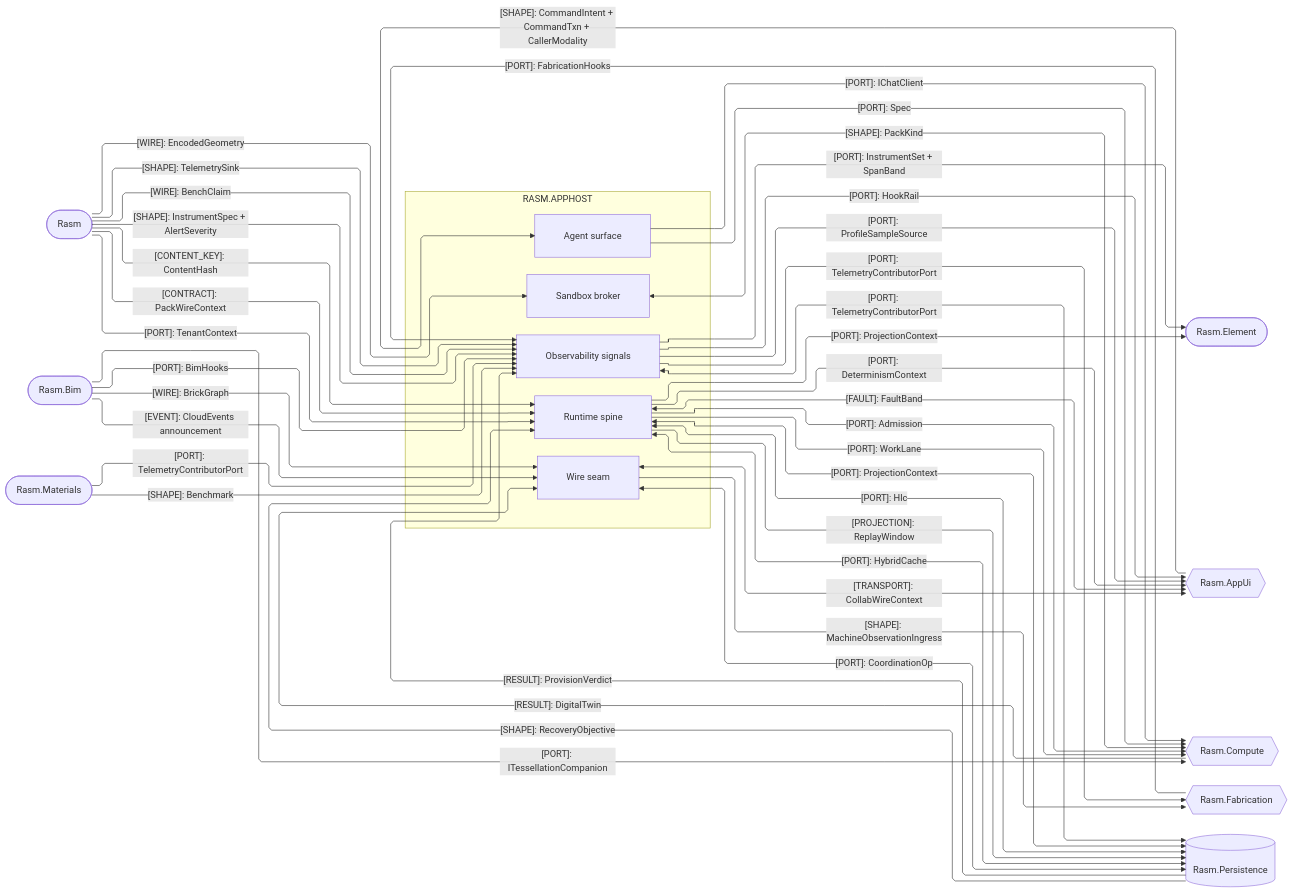
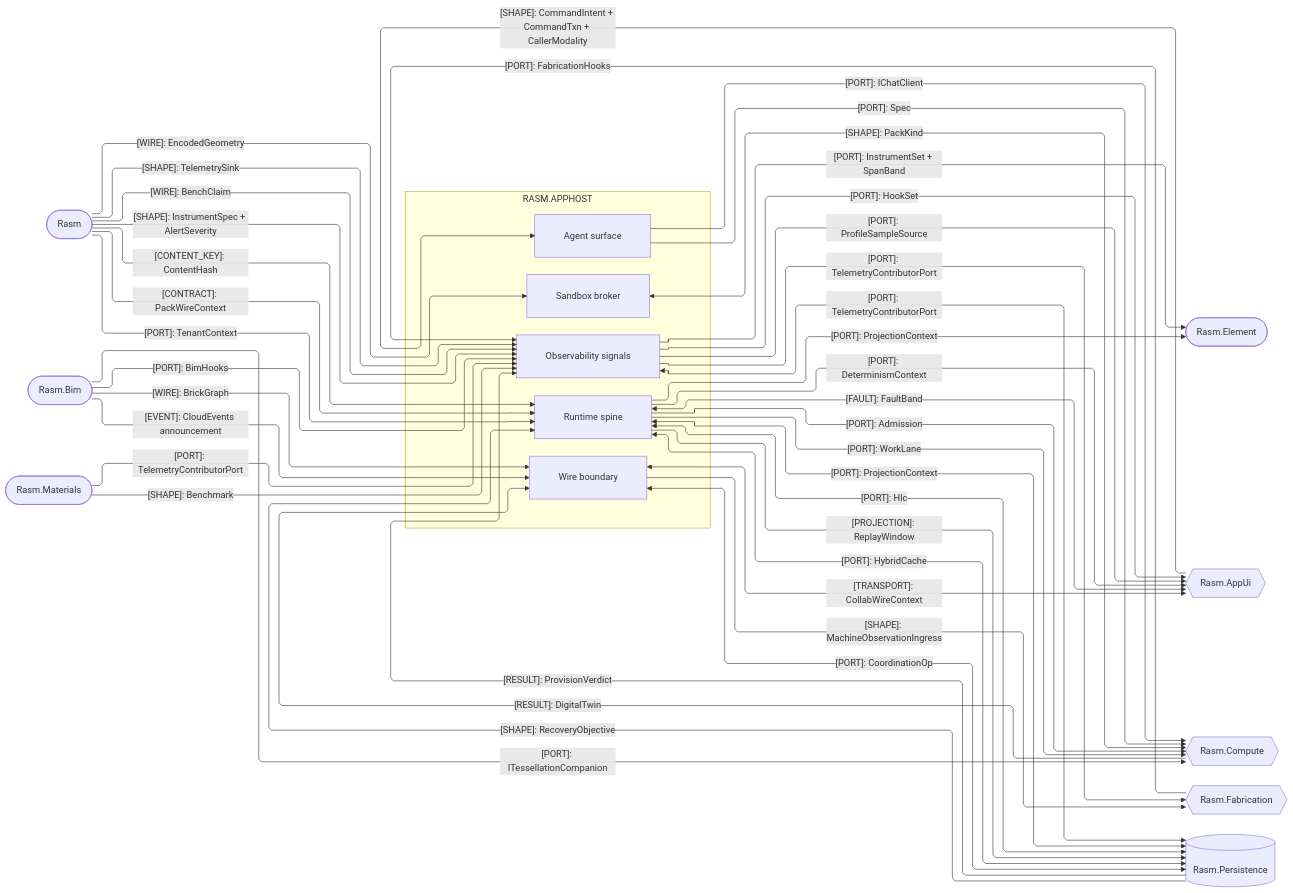
The third of 4 diagrams in libs/dotnet/Rasm.AppHost/ARCHITECTURE.md (bsamiee/Rasm), drawn with Mermaid before and after one commit. The commit also changed other lines of this file and 1997 other files, not shown here.

First line of the commit message:
docs: rename rail to result and seam to boundary across the corpus

````diff
--- a/libs/dotnet/Rasm.AppHost/ARCHITECTURE.md
+++ b/libs/dotnet/Rasm.AppHost/ARCHITECTURE.md
@@ -154,65 +154,65 @@
 ```mermaid
 ---
 config:
   layout: elk
   flowchart:
     curve: linear
     padding: 25
 ---
 flowchart LR
-    accTitle: AppHost C# platform seams
+    accTitle: AppHost C# platform boundaries
     accDescr: Which ports, wires, domain shapes, and content keys cross between AppHost and every .NET peer.
     subgraph apphost[RASM.APPHOST]
         Runtime[Runtime spine]
         Agent[Agent surface]
-        Wire[Wire seam]
+        Wire[Wire boundary]
         Sandbox[Sandbox broker]
         Observability[Observability signals]
     end
     Kernel([Rasm])
     Bim([Rasm.Bim])
     Element([Rasm.Element])
     Materials([Rasm.Materials])
     AppUi{{Rasm.AppUi}}
     Compute{{Rasm.Compute}}
     Fabrication{{Rasm.Fabrication}}
     Persistence[(Rasm.Persistence)]
     Kernel e1@-->|"[WIRE]: EncodedGeometry"| Sandbox
     Kernel e2@-->|"[SHAPE]: TelemetrySink"| Observability
     Kernel e3@-->|"[WIRE]: BenchClaim"| Observability
     Kernel e4@-->|"[SHAPE]: InstrumentSpec + AlertSeverity"| Observability
     Kernel e5@-->|"[CONTENT_KEY]: ContentHash"| Runtime
     Kernel e6@-->|"[CONTRACT]: PackWireContext"| Runtime
     Kernel e7@-->|"[PORT]: TenantContext"| Runtime
     Bim e8@-->|"[PORT]: BimHooks"| Observability
     Bim e10@-->|"[EVENT]: CloudEvents announcement"| Wire
     Bim e11@-->|"[WIRE]: BrickGraph"| Wire
     Bim e42@-->|"[PORT]: ITessellationCompanion"| Compute
     Runtime e12@-->|"[PORT]: ProjectionContext"| Element
     Observability e13@-->|"[PORT]: InstrumentSet + SpanBand"| Element
     Materials e14@-->|"[PORT]: TelemetryContributorPort"| Observability
     Materials e15@-->|"[SHAPE]: Benchmark"| Observability
     Runtime e16@-->|"[PORT]: DeterminismContext"| AppUi
     Runtime e17@<-->|"[PORT]: ProjectionContext"| Persistence
     Wire e18@<-->|"[PORT]: CoordinationOp"| Persistence
     Runtime e19@<-->|"[PORT]: Hlc"| Persistence
     Persistence e20@-->|"[SHAPE]: RecoveryObjective"| Runtime
     Runtime e21@-->|"[PROJECTION]: ReplayWindow"| Persistence
     Runtime e22@<-->|"[PORT]: HybridCache"| Persistence
     Persistence e23@-->|"[RESULT]: ProvisionVerdict"| Observability
     Observability e24@<-->|"[PORT]: TelemetryContributorPort"| Persistence
-    Observability e26@-->|"[PORT]: HookRail"| AppUi
+    Observability e26@-->|"[PORT]: HookSet"| AppUi
     Runtime e27@<-->|"[FAULT]: FaultBand"| AppUi
     Observability e28@-->|"[PORT]: ProfileSampleSource"| AppUi
     Fabrication e30@-->|"[PORT]: FabricationHooks"| Observability
     Observability e31@-->|"[PORT]: TelemetryContributorPort"| Fabrication
     Wire e32@-->|"[SHAPE]: MachineObservationIngress"| Fabrication
     Runtime e33@-->|"[PORT]: Admission"| Compute
     Runtime e34@-->|"[PORT]: WorkLane"| Compute
     Agent e35@-->|"[PORT]: IChatClient"| Compute
     Agent e36@-->|"[PORT]: Spec"| Compute
     Compute e38@-->|"[RESULT]: DigitalTwin"| Wire
     Wire e39@<-->|"[TRANSPORT]: CollabWireContext"| AppUi
     Sandbox e40@<-->|"[SHAPE]: PackKind"| Compute
     AppUi e41@-->|"[SHAPE]: CommandIntent + CommandTxn + CallerModality"| Agent
 ```
````
